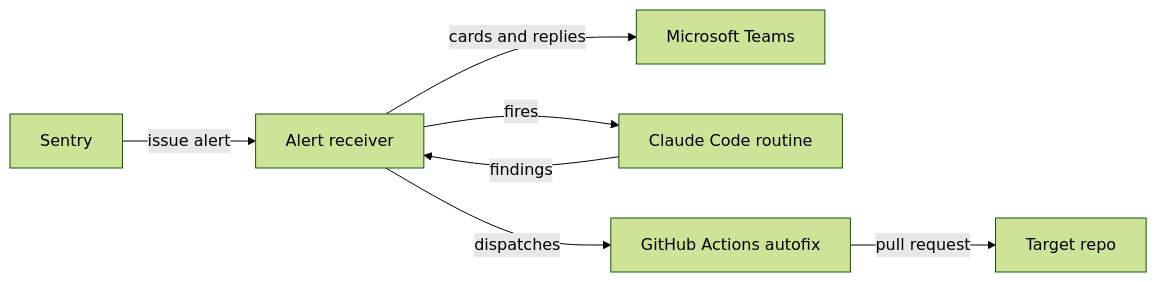
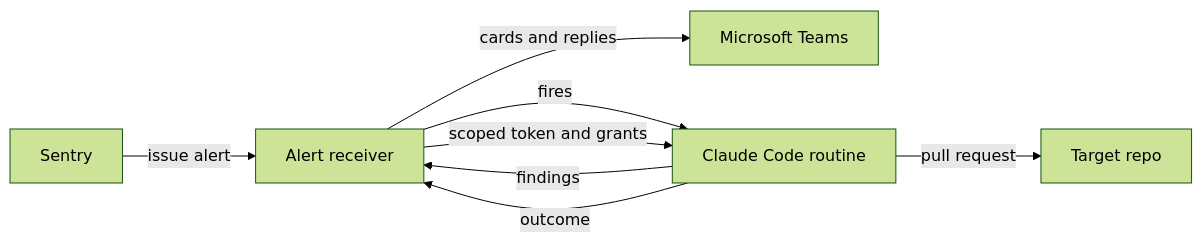
Before and after one commit to sentasity/sentinel: the diagram in README.md, drawn with Mermaid (forest theme). The commit also changed other lines of this file and 34 other files, not shown here.

````diff
--- a/README.md
+++ b/README.md
@@ -15,9 +15,10 @@
 ```mermaid
 flowchart LR
     Sentry -->|issue alert| Receiver[Alert receiver]
     Receiver -->|cards and replies| Teams[Microsoft Teams]
     Receiver -->|fires| Routine[Claude Code routine]
     Routine -->|findings| Receiver
-    Receiver -->|dispatches| Autofix[GitHub Actions autofix]
-    Autofix -->|pull request| Repo[Target repo]
+    Receiver -->|scoped token and grants| Routine
+    Routine -->|pull request| Repo[Target repo]
+    Routine -->|outcome| Receiver
 ```
````
